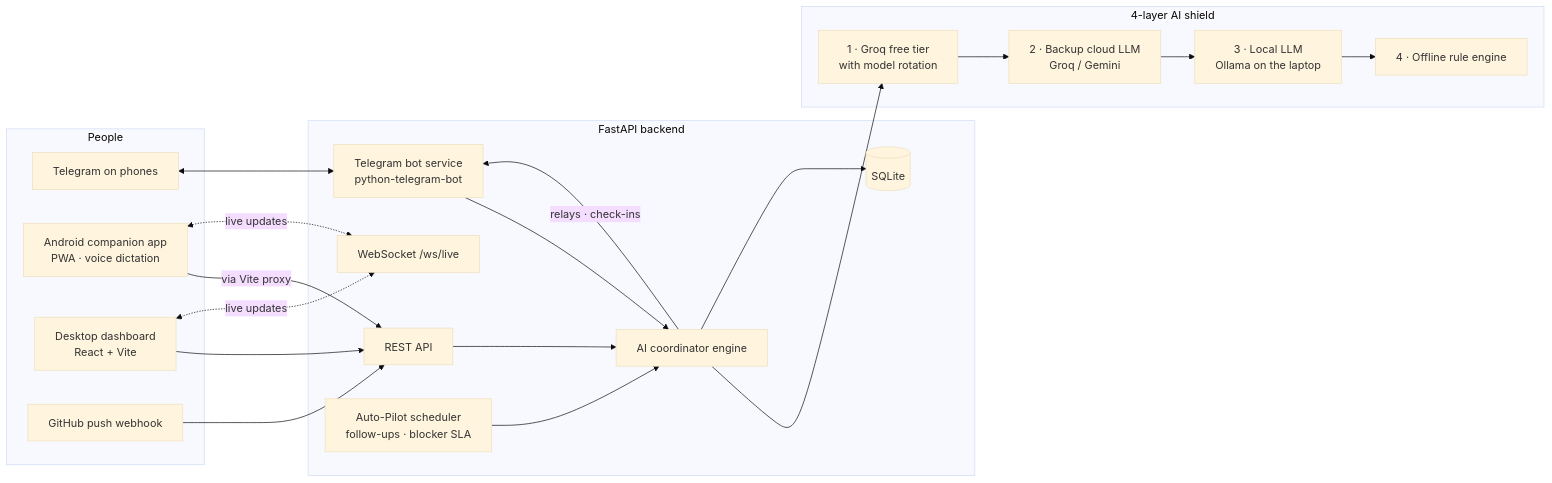
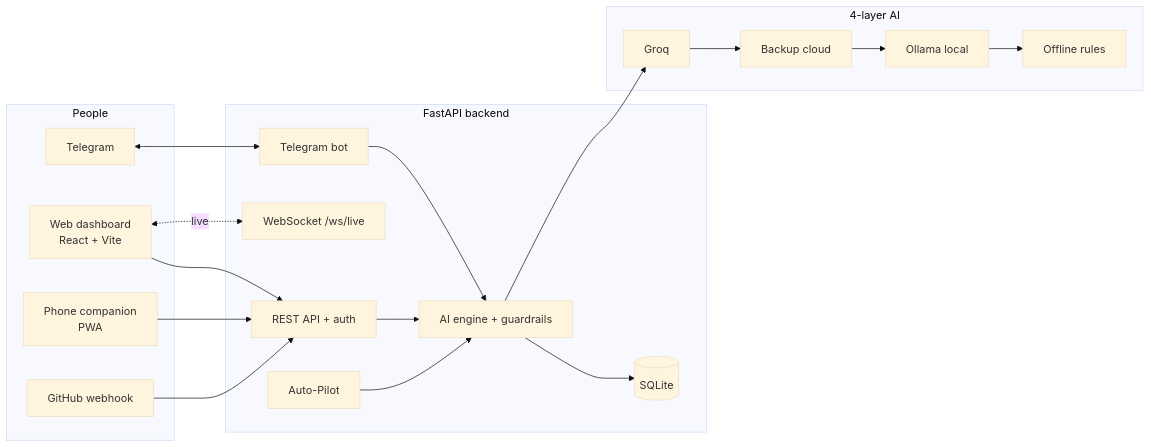
The second of 2 diagrams in README.md (Sam786-web/Coordinia_W_PS1), drawn with Mermaid (base theme) before and after one commit. The commit also changed other lines of this file and 4 other files, not shown here.

````diff
--- a/README.md
+++ b/README.md
@@ -53,38 +140,30 @@
 ```mermaid
 flowchart LR
     subgraph People
-        T[Telegram on phones]
-        A[Android companion app<br/>PWA · voice dictation]
-        W[Desktop dashboard<br/>React + Vite]
-        G[GitHub push webhook]
+        T[Telegram]
+        W[Web dashboard<br/>React + Vite]
+        P[Phone companion<br/>PWA]
+        G[GitHub webhook]
     end
-
     subgraph Backend["FastAPI backend"]
-        API[REST API]
+        API[REST API + auth]
         WS[WebSocket /ws/live]
-        BOT[Telegram bot service<br/>python-telegram-bot]
-        PILOT[Auto-Pilot scheduler<br/>follow-ups · blocker SLA]
-        ENGINE[AI coordinator engine]
+        BOT[Telegram bot]
+        PILOT[Auto-Pilot]
+        ENGINE[AI engine + guardrails]
         DB[(SQLite)]
     end
-
-    subgraph AI["4-layer AI shield"]
-        L1[1 · Groq free tier<br/>with model rotation]
-        L2[2 · Backup cloud LLM<br/>Groq / Gemini]
-        L3[3 · Local LLM<br/>Ollama on the laptop]
-        L4[4 · Offline rule engine]
+    subgraph AI["4-layer AI"]
+        L1[Groq] --> L2[Backup cloud] --> L3[Ollama local] --> L4[Offline rules]
     end
-
     T <--> BOT
-    A -->|via Vite proxy| API
     W --> API
-    W <-.live updates.-> WS
-    A <-.live updates.-> WS
+    P --> API
+    W <-.live.-> WS
     G --> API
     BOT --> ENGINE
     API --> ENGINE
     PILOT --> ENGINE
-    ENGINE --> L1 --> L2 --> L3 --> L4
+    ENGINE --> L1
     ENGINE --> DB
-    ENGINE -->|relays · check-ins| BOT
 ```
````
